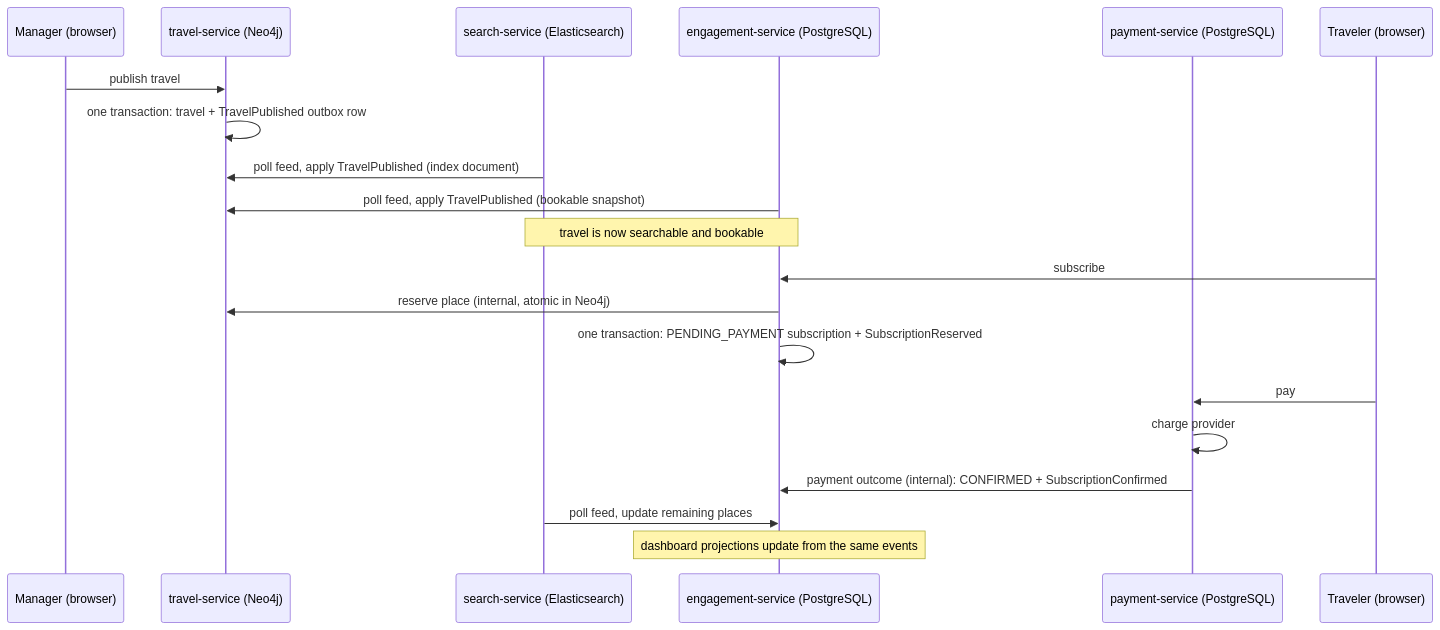
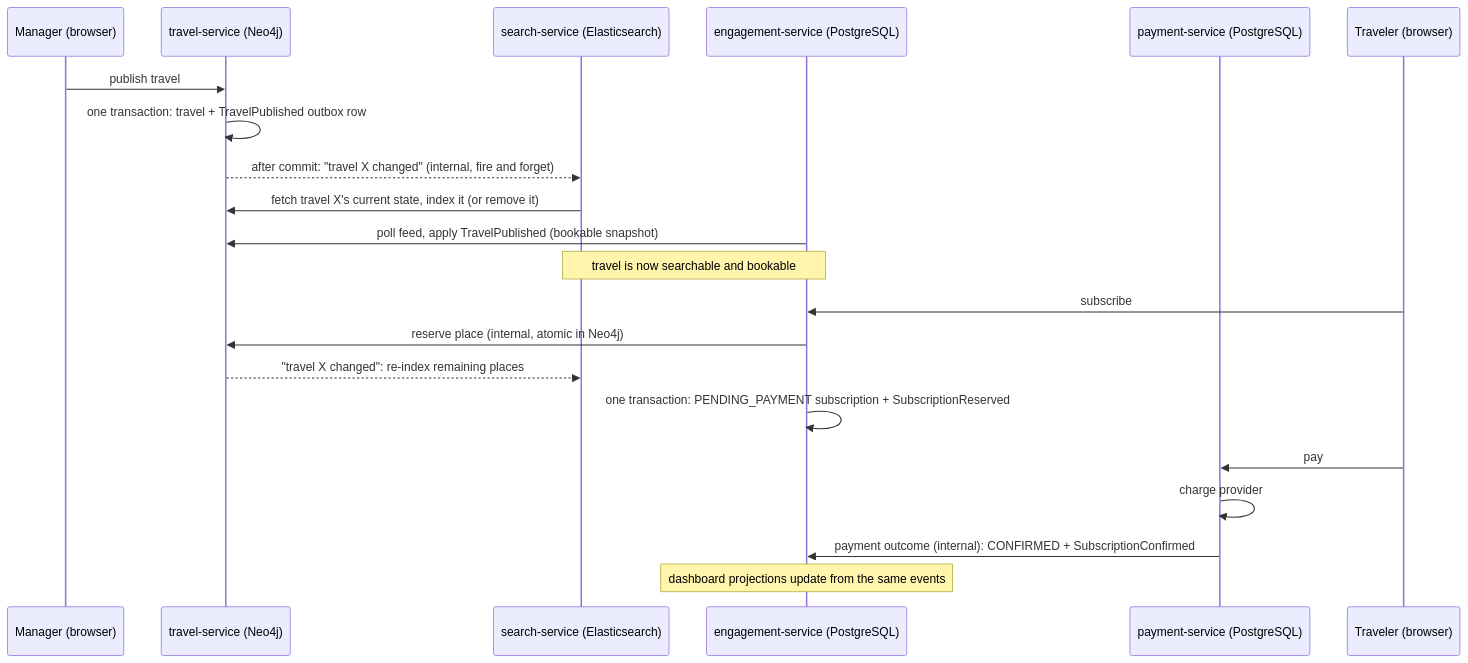
Before and after one commit to SManousis/lets-travel: the diagram in docs/architecture.md, drawn with Mermaid. The commit also changed other lines of this file and 4 other files, not shown here.

````diff
--- a/docs/architecture.md
+++ b/docs/architecture.md
@@ -203,22 +203,23 @@
 ```mermaid
 sequenceDiagram
     participant M as Manager (browser)
     participant T as travel-service (Neo4j)
     participant S as search-service (Elasticsearch)
     participant E as engagement-service (PostgreSQL)
     participant P as payment-service (PostgreSQL)
     M->>T: publish travel
     T->>T: one transaction: travel + TravelPublished outbox row
-    S->>T: poll feed, apply TravelPublished (index document)
+    T-->>S: after commit: "travel X changed" (internal, fire and forget)
+    S->>T: fetch travel X's current state, index it (or remove it)
     E->>T: poll feed, apply TravelPublished (bookable snapshot)
     Note over S,E: travel is now searchable and bookable
     participant V as Traveler (browser)
     V->>E: subscribe
     E->>T: reserve place (internal, atomic in Neo4j)
+    T-->>S: "travel X changed": re-index remaining places
     E->>E: one transaction: PENDING_PAYMENT subscription + SubscriptionReserved
     V->>P: pay
     P->>P: charge provider
     P->>E: payment outcome (internal): CONFIRMED + SubscriptionConfirmed
-    S->>E: poll feed, update remaining places
     Note over E: dashboard projections update from the same events
 ```
````
